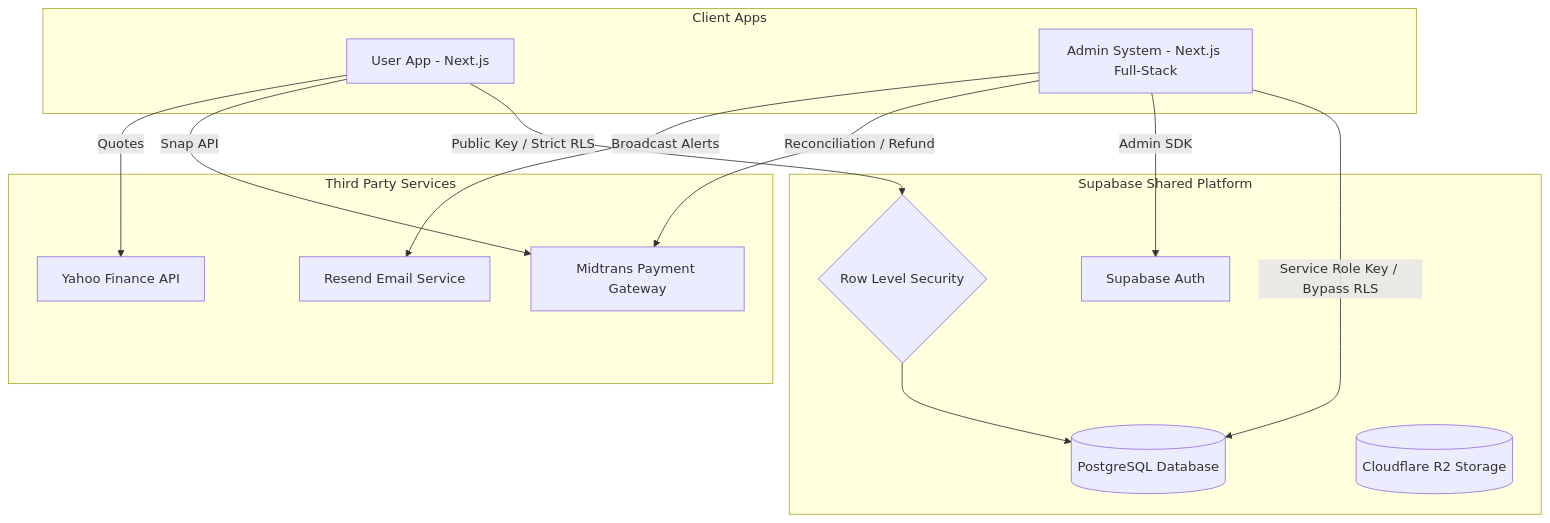
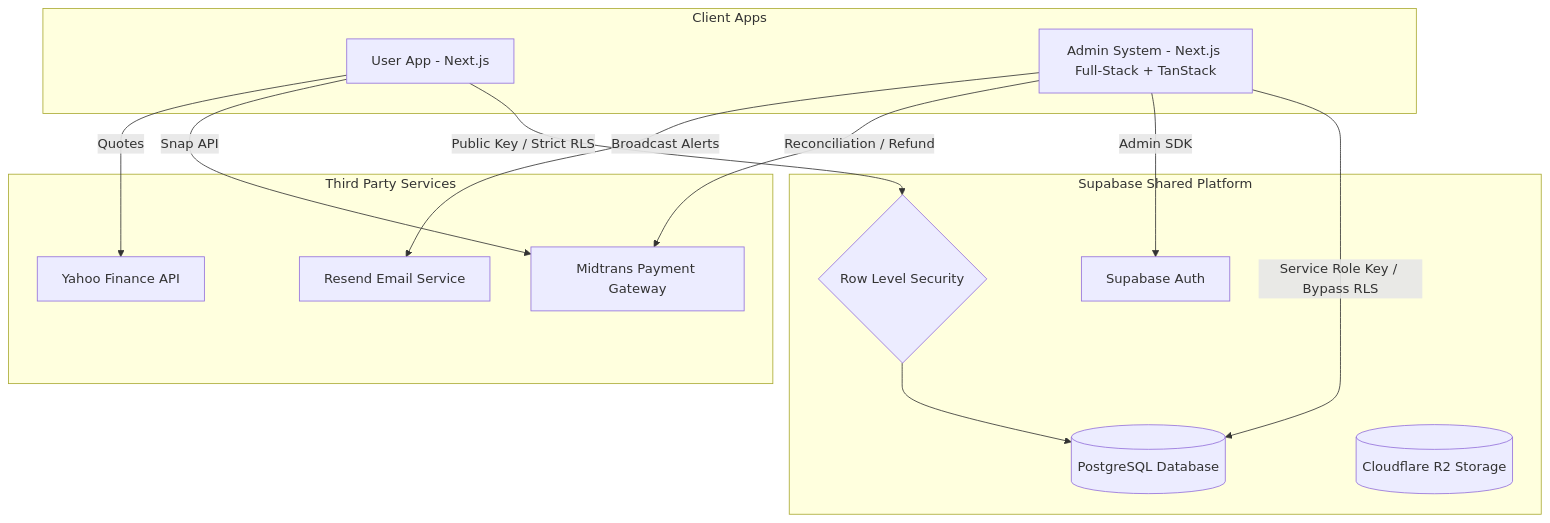
Before and after one commit to zulvanavito/adminngaturin: the diagram in admin_system_design.md, drawn with Mermaid. The commit also changed other lines of this file and 12 other files, not shown here.

First line of the commit message:
Add TanStack users table & admin data flow

````diff
--- a/admin_system_design.md
+++ b/admin_system_design.md
@@ -11,30 +11,30 @@
 ```mermaid
 flowchart TD
     subgraph Client Apps
         UA[User App - Next.js]
-        AS[Admin System - Next.js Full-Stack]
+        AS[Admin System - Next.js Full-Stack + TanStack]
     end
 
     subgraph Supabase Shared Platform
         Auth[Supabase Auth]
         DB[(PostgreSQL Database)]
         Storage[(Cloudflare R2 Storage)]
         RLS{Row Level Security}
     end
 
     subgraph Third Party Services
         Midtrans[Midtrans Payment Gateway]
         Resend[Resend Email Service]
         YF[Yahoo Finance API]
     end
 
     UA -->|Public Key / Strict RLS| RLS
     RLS --> DB
     UA -->|Snap API| Midtrans
     UA -->|Quotes| YF
     
     AS -->|Service Role Key / Bypass RLS| DB
     AS -->|Admin SDK| Auth
     AS -->|Reconciliation / Refund| Midtrans
     AS -->|Broadcast Alerts| Resend
 ```
````
